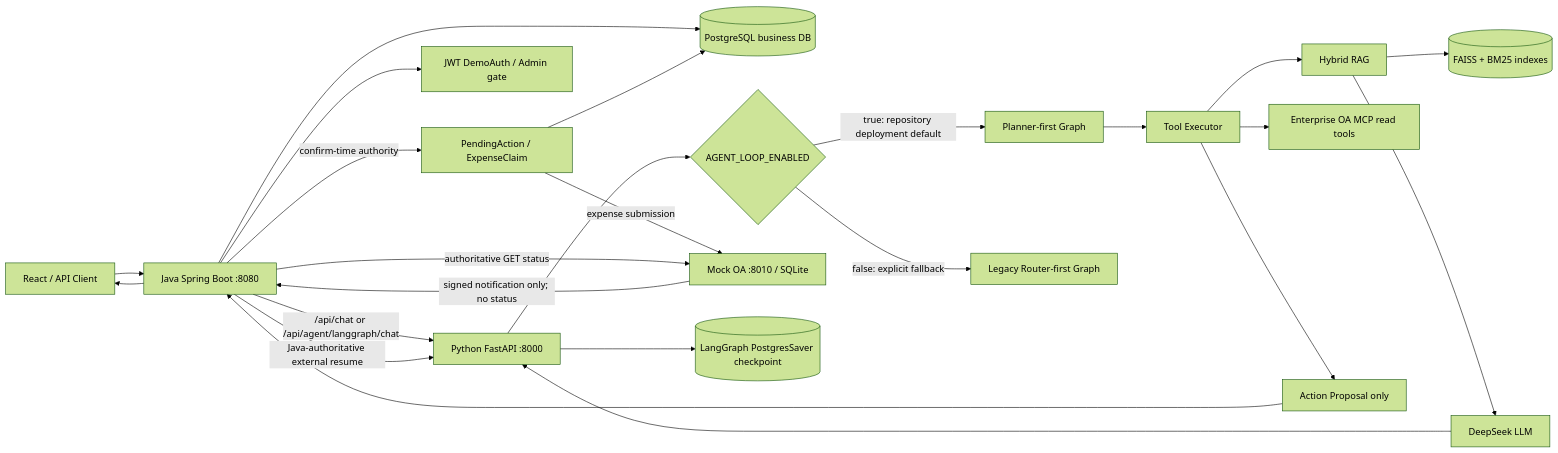
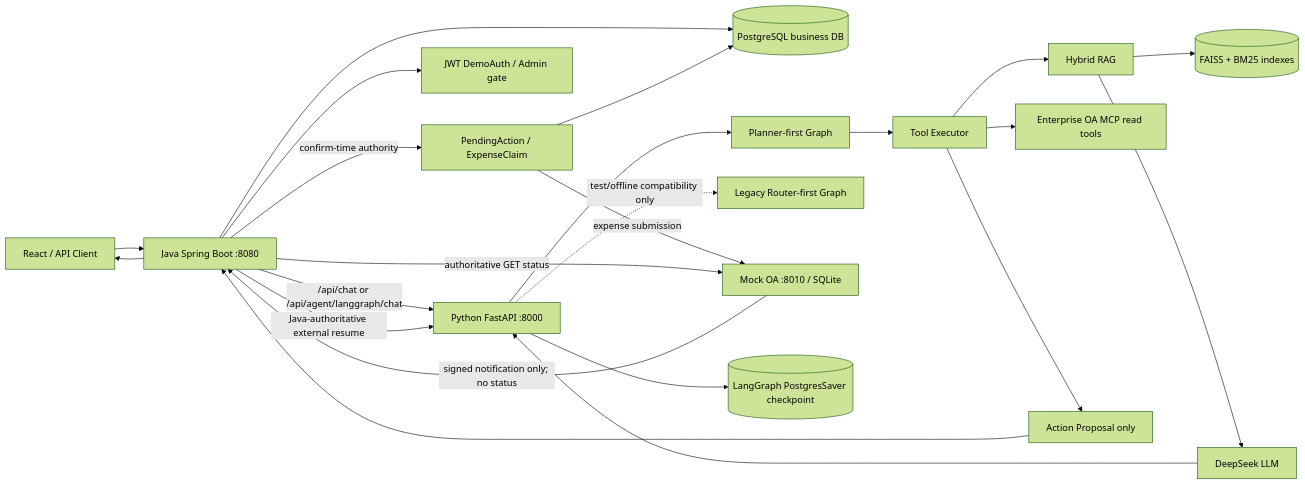
One commit to izz-BLUE/enterprise-ai-copilot changed the diagram in README.md. Above: the diagram before and after it, drawn with Mermaid (forest theme). The commit also changed other lines of this file and 48 other files, not shown here.

````diff
--- a/README.md
+++ b/README.md
@@ -27,26 +27,25 @@
 ```mermaid
 flowchart LR
     UI[React / API Client] --> J[Java Spring Boot :8080]
     J -->|/api/chat or /api/agent/langgraph/chat| P[Python FastAPI :8000]
     J --> AUTH[JWT DemoAuth / Admin gate]
     J --> DB[(PostgreSQL business DB)]
-    P --> G{AGENT_LOOP_ENABLED}
-    G -->|true: repository deployment default| PL[Planner-first Graph]
-    G -->|false: explicit fallback| RT[Legacy Router-first Graph]
+    P --> PL[Planner-first Graph]
+    P -.->|test/offline compatibility only| RT[Legacy Router-first Graph]
     PL --> EX[Tool Executor]
     EX --> RAG[Hybrid RAG]
     EX --> MCP[Enterprise OA MCP read tools]
     EX --> PROP[Action Proposal only]
     RAG --> IDX[(FAISS + BM25 indexes)]
     RAG --> LLM[DeepSeek LLM]
     PROP --> J
     J -->|confirm-time authority| PA[PendingAction / ExpenseClaim]
     PA --> DB
     PA -->|expense submission| OA[Mock OA :8010 / SQLite]
     OA -->|signed notification only; no status| J
     J -->|authoritative GET status| OA
     J -->|Java-authoritative external resume| P
     P --> CP[(LangGraph PostgresSaver checkpoint)]
     LLM --> P
     J --> UI
 ```
````
